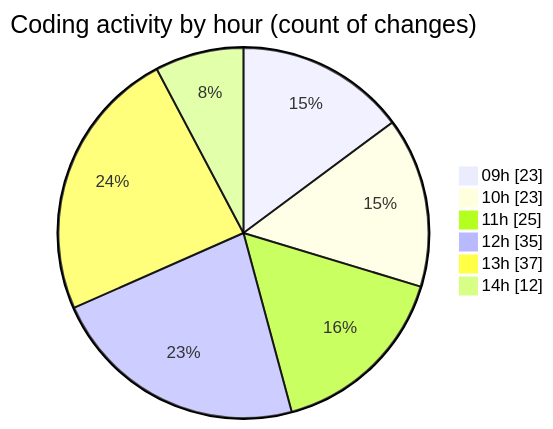
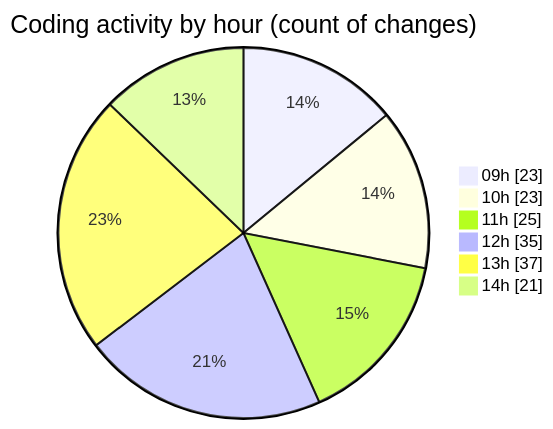
Before and after one commit to momahboobian/code-tracking: the second of 2 diagrams in 2025-10-23/cda/README.md, drawn with Mermaid. The commit also changed other lines of this file and 1 other file, not shown here.

````diff
--- a/2025-10-23/cda/README.md
+++ b/2025-10-23/cda/README.md
@@ -34,10 +34,10 @@
 ```mermaid
 pie showData
 title Coding activity by hour (count of changes)
 "09h" : 23
 "10h" : 23
 "11h" : 25
 "12h" : 35
 "13h" : 37
-"14h" : 12
+"14h" : 21
 ```
````
